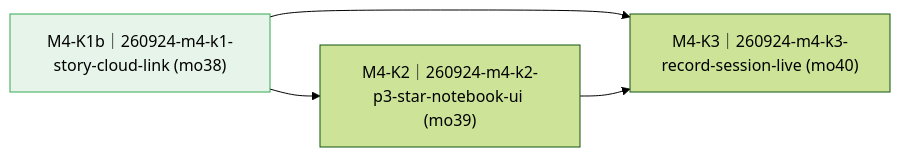
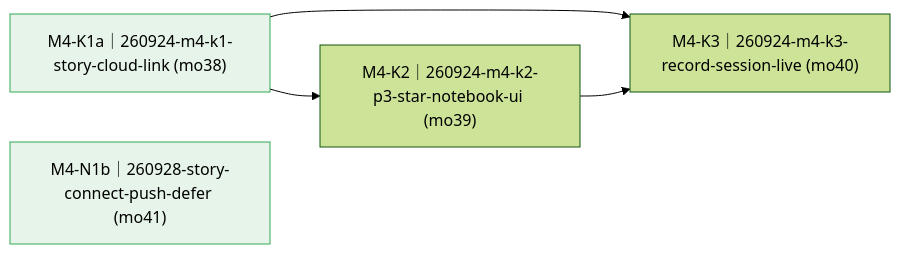
The diagram in delivery/workstreams/m4-star-notebook/roadmap.md (fandanpeng/KidPal), drawn with Mermaid (forest theme) before and after one commit. The commit also changed other lines of this file and 13 other files, not shown here.

````diff
--- a/delivery/workstreams/m4-star-notebook/roadmap.md
+++ b/delivery/workstreams/m4-star-notebook/roadmap.md
@@ -26,15 +26,15 @@
 ```mermaid
 graph LR
   260924_m4_k1_story_cloud_link["M4-K1a｜260924-m4-k1-story-cloud-link (mo38)"]
   class 260924_m4_k1_story_cloud_link achieved
-  260924_m4_k1_story_cloud_link["M4-K1b｜260924-m4-k1-story-cloud-link (mo38)"]
-  class 260924_m4_k1_story_cloud_link achieved
   260924_m4_k2_p3_star_notebook_ui["M4-K2｜260924-m4-k2-p3-star-notebook-ui (mo39)"]
   260924_m4_k3_record_session_live["M4-K3｜260924-m4-k3-record-session-live (mo40)"]
+  260928_story_connect_push_defer["M4-N1b｜260928-story-connect-push-defer (mo41)"]
+  class 260928_story_connect_push_defer achieved
   260924_m4_k1_story_cloud_link --> 260924_m4_k2_p3_star_notebook_ui
   260924_m4_k1_story_cloud_link --> 260924_m4_k3_record_session_live
   260924_m4_k2_p3_star_notebook_ui --> 260924_m4_k3_record_session_live
   classDef achieved fill:#e6f4ea,stroke:#34a853
   classDef deviation fill:#fce8e6,stroke:#ea4335
   classDef external stroke-dasharray: 4 3,color:#5f6368
 ```
````
